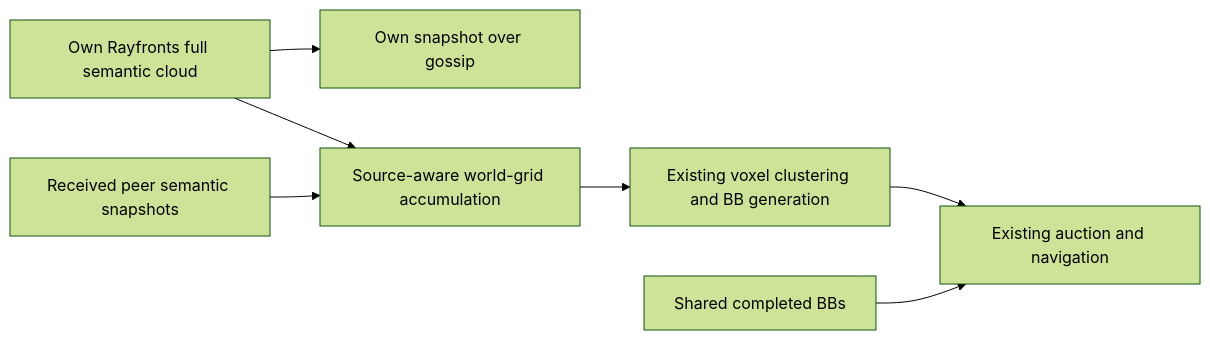
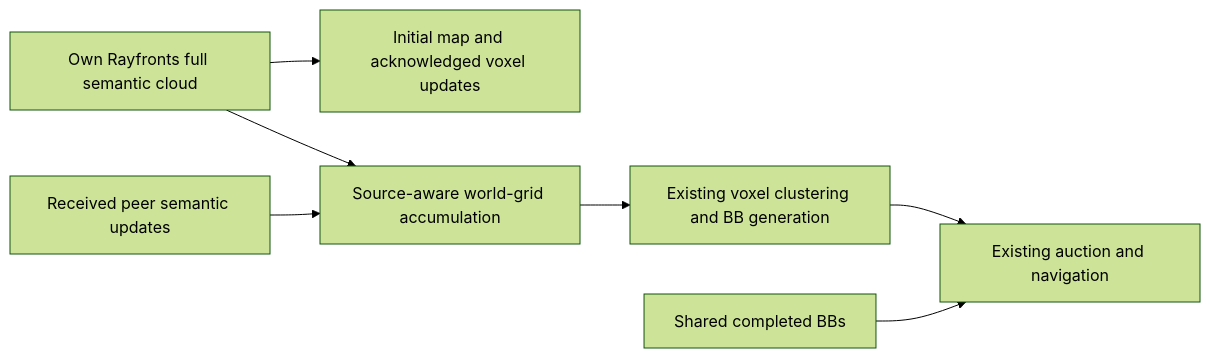
Before and after one commit to castacks/AirStack: the second of 2 diagrams in robot/ros_ws/src/global/planners/raven_nav/README.md, drawn with Mermaid (forest theme). The commit also changed other lines of this file and 13 other files, not shown here.

Commit message:
Share acknowledged semantic voxel updates over reliable peer streams

````diff
--- a/robot/ros_ws/src/global/planners/raven_nav/README.md
+++ b/robot/ros_ws/src/global/planners/raven_nav/README.md
@@ -62,9 +62,9 @@
 ```mermaid
 flowchart LR
-  Own[Own Rayfronts full semantic cloud] --> Wire[Own snapshot over gossip]
+  Own[Own Rayfronts full semantic cloud] --> Wire[Initial map and acknowledged voxel updates]
   Own --> Fuse[Source-aware world-grid accumulation]
-  Peer[Received peer semantic snapshots] --> Fuse
+  Peer[Received peer semantic updates] --> Fuse
   Fuse --> Cluster[Existing voxel clustering and BB generation]
   Cluster --> Auction[Existing auction and navigation]
   Done[Shared completed BBs] --> Auction
 ```
````
